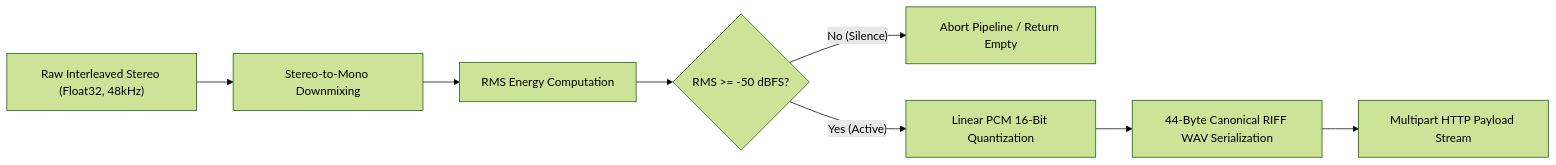
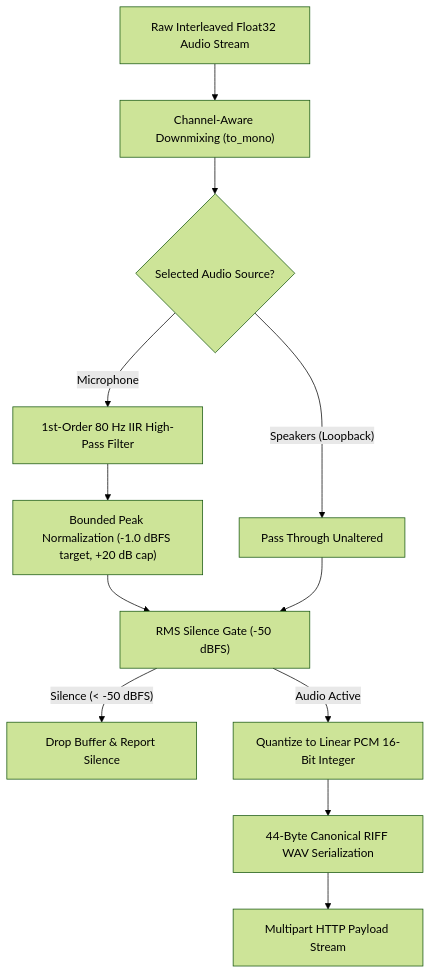
The diagram in docs/dsp-specification.md (Deepesh70/song-detector), drawn with Mermaid (forest theme) before and after one commit. The commit also changed other lines of this file and 12 other files, not shown here.

````diff
--- a/docs/dsp-specification.md
+++ b/docs/dsp-specification.md
@@ -19,10 +24,14 @@
 ```mermaid
-flowchart LR
-    A["Raw Interleaved Stereo (Float32, 48kHz)"] --> B["Stereo-to-Mono Downmixing"]
-    B --> C["RMS Energy Computation"]
-    C --> D{"RMS >= -50 dBFS?"}
-    D -->|"No (Silence)"| E["Abort Pipeline / Return Empty"]
-    D -->|"Yes (Active)"| F["Linear PCM 16-Bit Quantization"]
-    F --> G["44-Byte Canonical RIFF WAV Serialization"]
-    G --> H["Multipart HTTP Payload Stream"]
+flowchart TD
+    A["Raw Interleaved Float32 Audio Stream"] --> B["Channel-Aware Downmixing (to_mono)"]
+    B --> C{"Selected Audio Source?"}
+    C -->|"Microphone"| D["1st-Order 80 Hz IIR High-Pass Filter"]
+    D --> E["Bounded Peak Normalization (-1.0 dBFS target, +20 dB cap)"]
+    C -->|"Speakers (Loopback)"| F["Pass Through Unaltered"]
+    E --> G["RMS Silence Gate (-50 dBFS)"]
+    F --> G
+    G -->|"Silence (< -50 dBFS)"| H["Drop Buffer & Report Silence"]
+    G -->|"Audio Active"| I["Quantize to Linear PCM 16-Bit Integer"]
+    I --> J["44-Byte Canonical RIFF WAV Serialization"]
+    J --> K["Multipart HTTP Payload Stream"]
 ```
````
